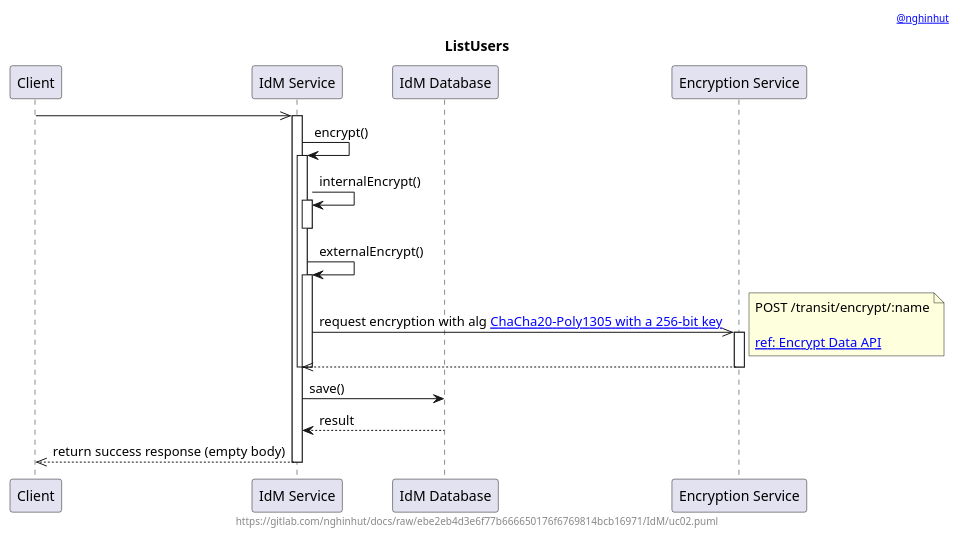
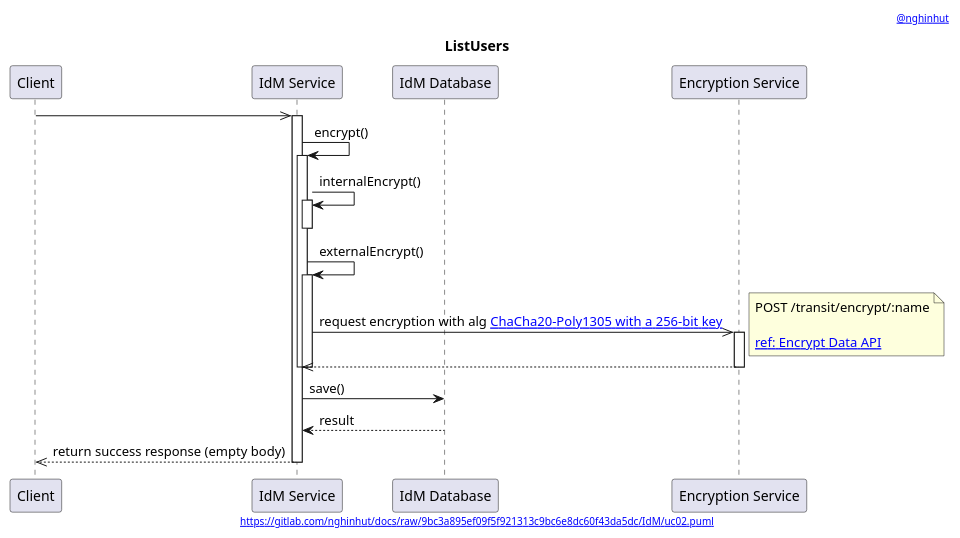
The diagram in IdM/uc02.sequence.puml (nghinhut/docs), drawn with PlantUML before and after one commit. The commit also changed 18 other files, not shown here.

Commit message:
Update diagrams

```diff
--- a/IdM/uc02.sequence.puml
+++ b/IdM/uc02.sequence.puml
@@ -1,43 +1,43 @@
 @startuml
 '-----START auto generated metadata please keep comment here to allow auto update-----
 '-----DON'T EDIT THIS SECTION, INSTEAD RE-RUN prebuild.sh TO UPDATE-----
 header [[mailto:nghinhut@gmail.com @nghinhut]]
-footer https://gitlab.com/nghinhut/docs/raw/ebe2eb4d3e6f77b666650176f6769814bcb16971/IdM/uc02.puml
+footer [[https://gitlab.com/nghinhut/docs/raw/9bc3a895ef09f5f921313c9bc6e8dc60f43da5dc/IdM/uc02.puml]]
 '-----END auto generated metadata please keep comment here to allow auto update-----
 title ListUsers
 
 participant "Client" as client
 participant "IdM Service" as idm
 participant "IdM Database" as db
 participant "Encryption Service" as es
 
 client ->> idm
 activate idm
 
 idm -> idm : encrypt()
 activate idm
 idm -> idm : internalEncrypt()
 activate idm
 deactivate idm
 
 idm -> idm : externalEncrypt()
 activate idm
 idm ->> es : request encryption with alg [[https://www.vaultproject.io/docs/secrets/transit/index.html#chacha20-poly1305 ChaCha20-Poly1305 with a 256-bit key]]
 note right
     POST /transit/encrypt/:name
 
     [[https://www.vaultproject.io/api/secret/transit/index.html#encrypt-data ref: Encrypt Data API]]
 end note
 activate es
 idm <<-- es
 deactivate es
 deactivate idm
 deactivate idm
 
 idm -> db : save()
 idm <-- db : result
 
 client <<-- idm : return success response (empty body)
 deactivate idm
 
 @enduml
```
